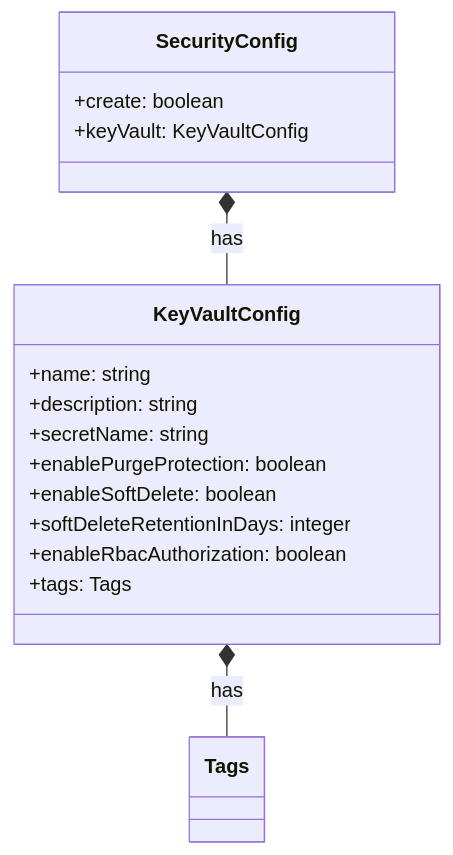
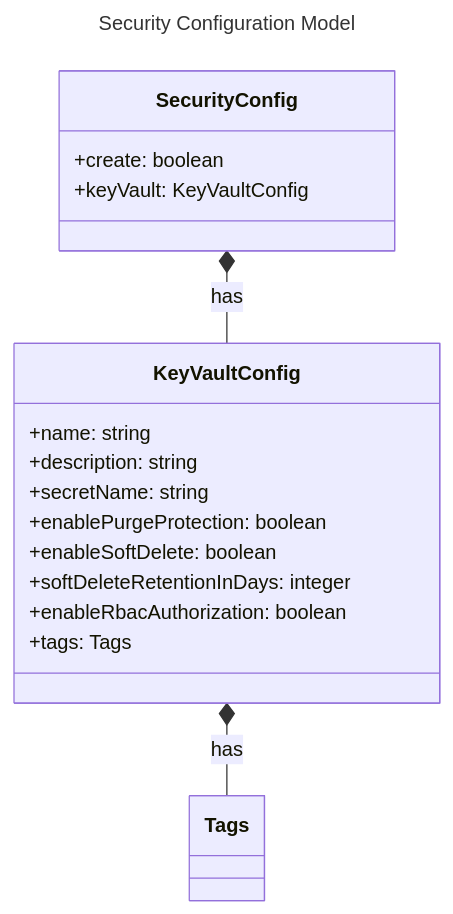
Before and after one commit to Evilazaro/DevExp-DevBox: the third of 13 diagrams in docs/architecture/02-data-architecture.md, drawn with Mermaid. The commit also changed other lines of this file, not shown here.

Commit message:
Refactor data architecture documentation to enhance clarity and detail in diagrams and relationships

````diff
--- a/docs/architecture/02-data-architecture.md
+++ b/docs/architecture/02-data-architecture.md
@@ -176,21 +182,24 @@
 ```mermaid
+---
+title: Security Configuration Model
+---
 classDiagram
     class SecurityConfig {
         +create: boolean
         +keyVault: KeyVaultConfig
     }
 
     class KeyVaultConfig {
         +name: string
         +description: string
         +secretName: string
         +enablePurgeProtection: boolean
         +enableSoftDelete: boolean
         +softDeleteRetentionInDays: integer
         +enableRbacAuthorization: boolean
         +tags: Tags
     }
 
     SecurityConfig *-- KeyVaultConfig : has
     KeyVaultConfig *-- Tags : has
 ```
````
